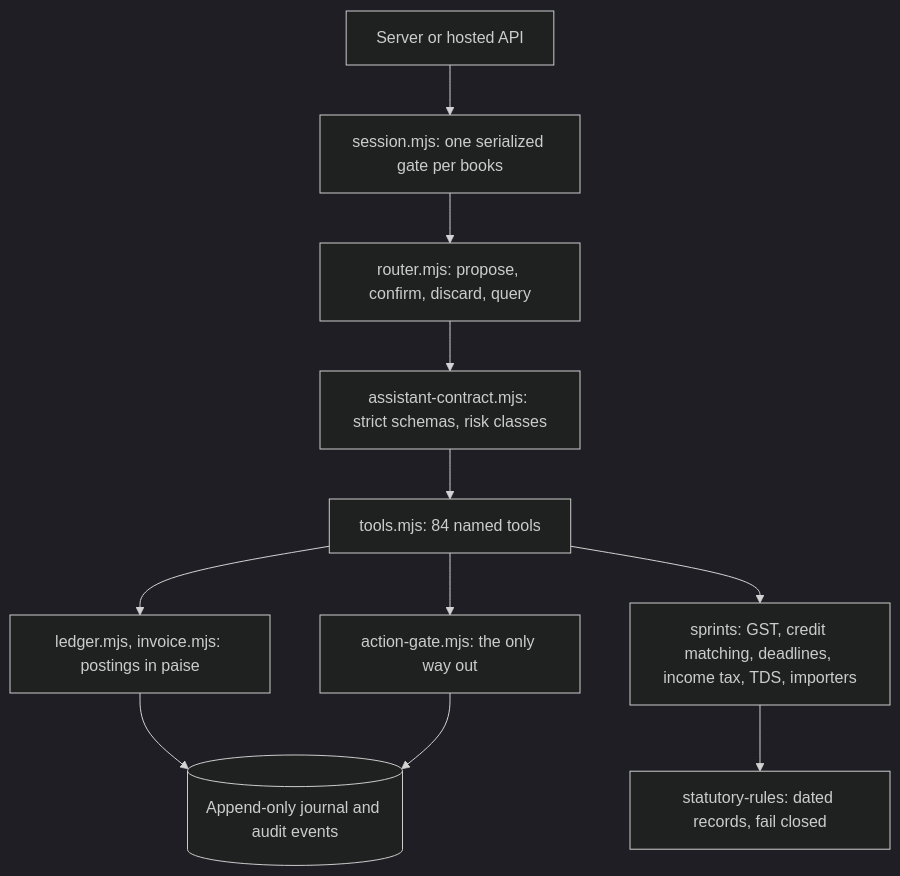
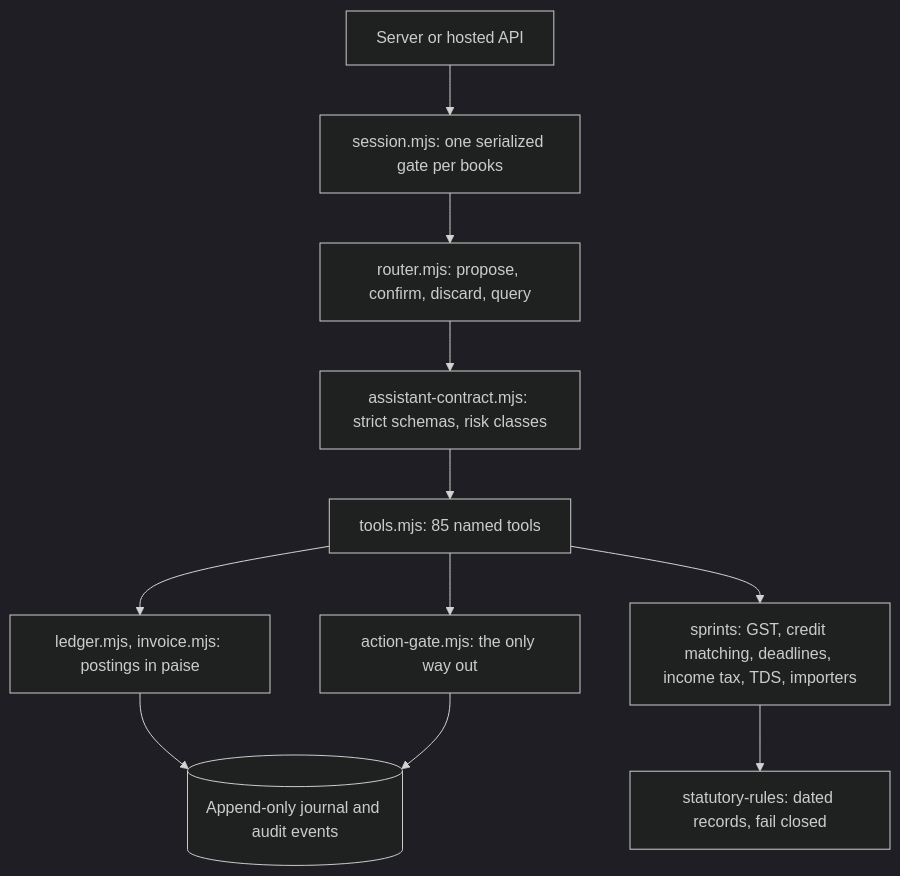
One commit to Vidyuthlabstechnologies/myca changed the second of 3 diagrams in docs/architecture/ARCHITECTURE.md. Above: the diagram before and after it, drawn with Mermaid (dark theme). The commit also changed other lines of this file and 14 other files, not shown here.

````diff
--- a/docs/architecture/ARCHITECTURE.md
+++ b/docs/architecture/ARCHITECTURE.md
@@ -56,13 +56,13 @@
 ```mermaid
 flowchart TD
   caller[Server or hosted API] --> session[session.mjs: one serialized gate per books]
   session --> router[router.mjs: propose, confirm, discard, query]
   router --> contract[assistant-contract.mjs: strict schemas, risk classes]
-  contract --> tools[tools.mjs: 84 named tools]
+  contract --> tools[tools.mjs: 85 named tools]
   tools --> ledger[ledger.mjs, invoice.mjs: postings in paise]
   tools --> engines[sprints: GST, credit matching, deadlines, income tax, TDS, importers]
   tools --> gate[action-gate.mjs: the only way out]
   engines --> rules[statutory-rules: dated records, fail closed]
   ledger --> journal[(Append-only journal and audit events)]
   gate --> journal
 ```
````
